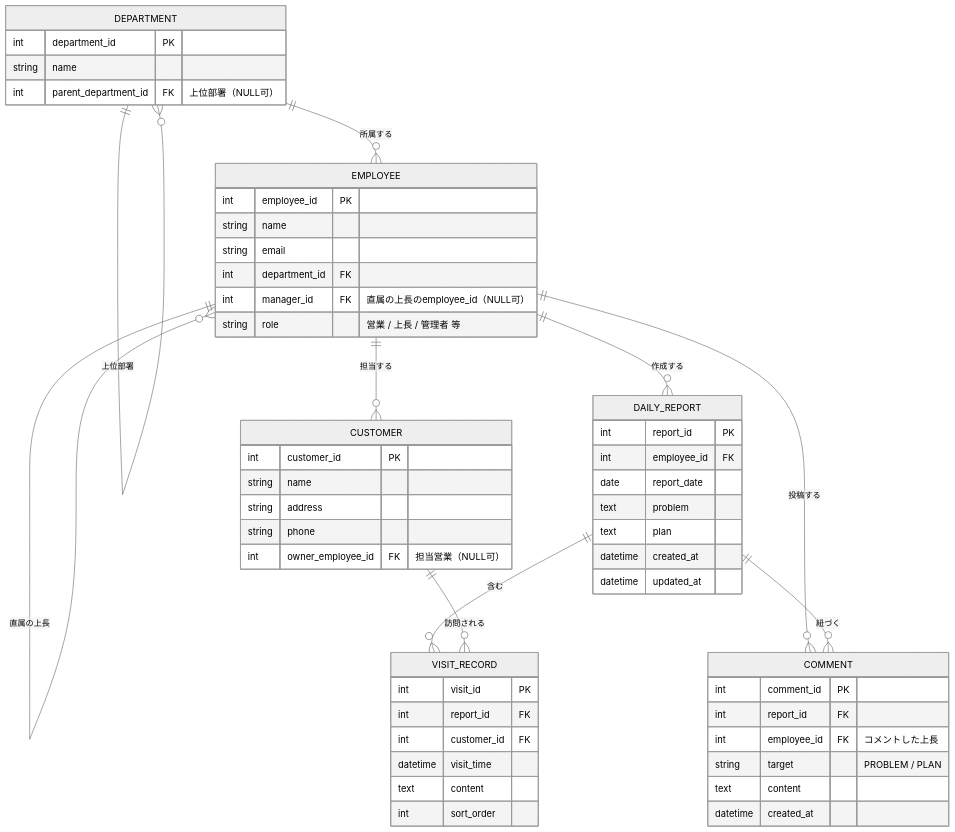
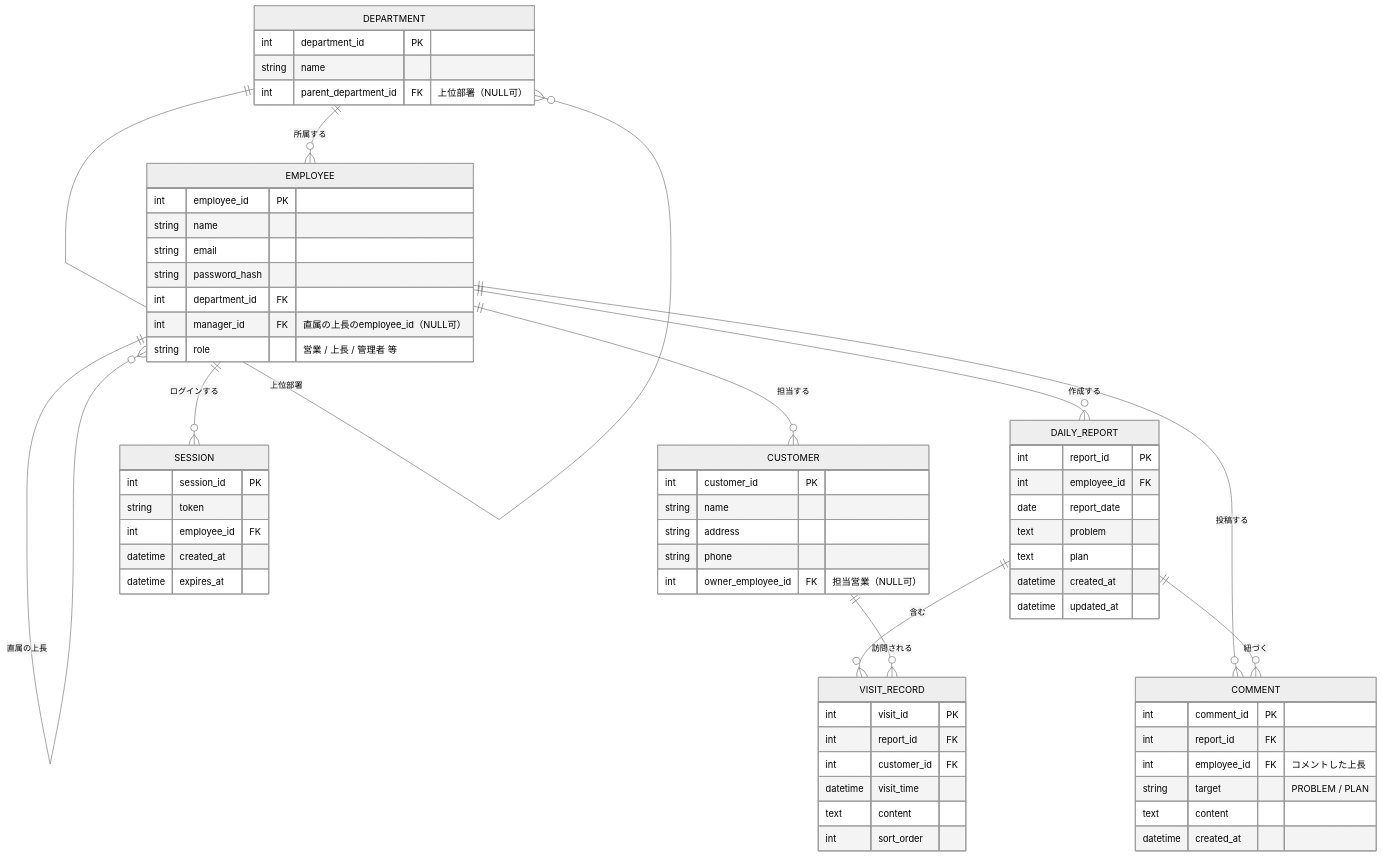
The diagram in doc/requirements.md (FixedLemon/daily-report), drawn with Mermaid (neutral theme) before and after one commit. The commit also changed other lines of this file and 16 other files, not shown here.

````diff
--- a/doc/requirements.md
+++ b/doc/requirements.md
@@ -62,63 +62,73 @@
 ```mermaid
 erDiagram
     DEPARTMENT ||--o{ DEPARTMENT : "上位部署"
     DEPARTMENT ||--o{ EMPLOYEE : "所属する"
     EMPLOYEE ||--o{ EMPLOYEE : "直属の上長"
     EMPLOYEE ||--o{ CUSTOMER : "担当する"
     EMPLOYEE ||--o{ DAILY_REPORT : "作成する"
     EMPLOYEE ||--o{ COMMENT : "投稿する"
+    EMPLOYEE ||--o{ SESSION : "ログインする"
     DAILY_REPORT ||--o{ VISIT_RECORD : "含む"
     DAILY_REPORT ||--o{ COMMENT : "紐づく"
     CUSTOMER ||--o{ VISIT_RECORD : "訪問される"
 
     DEPARTMENT {
         int department_id PK
         string name
         int parent_department_id FK "上位部署（NULL可）"
     }
 
     EMPLOYEE {
         int employee_id PK
         string name
         string email
+        string password_hash
         int department_id FK
         int manager_id FK "直属の上長のemployee_id（NULL可）"
         string role "営業 / 上長 / 管理者 等"
+    }
+
+    SESSION {
+        int session_id PK
+        string token
+        int employee_id FK
+        datetime created_at
+        datetime expires_at
     }
 
     CUSTOMER {
         int customer_id PK
         string name
         string address
         string phone
         int owner_employee_id FK "担当営業（NULL可）"
     }
 
     DAILY_REPORT {
         int report_id PK
         int employee_id FK
         date report_date
         text problem
         text plan
         datetime created_at
         datetime updated_at
     }
 
     VISIT_RECORD {
         int visit_id PK
         int report_id FK
         int customer_id FK
         datetime visit_time
         text content
         int sort_order
     }
 
     COMMENT {
         int comment_id PK
         int report_id FK
         int employee_id FK "コメントした上長"
         string target "PROBLEM / PLAN"
         text content
         datetime created_at
     }
 ```
````
